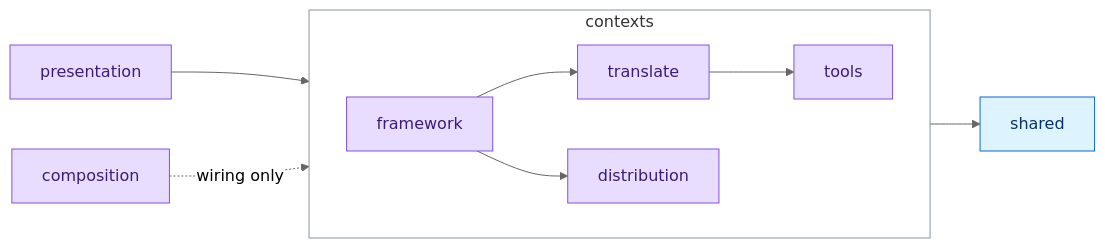
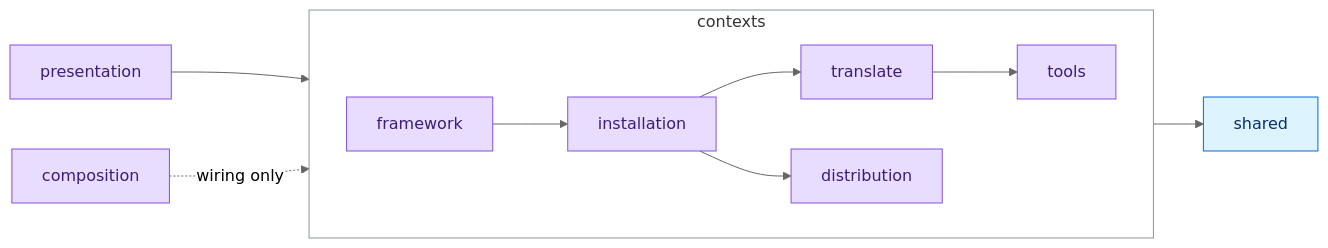
One commit to ai-driven-dev/framework changed the diagram in cli/ARCHITECTURE.md. Above: the diagram before and after it, drawn with Mermaid (neutral theme). The commit also changed other lines of this file, not shown here.

Commit message:
docs(cli): state what installation holds and that framework reaches it, not every context
Claude-Session: https://claude.ai/code/session_01XeK3mFAeMojRabhZQ9z9iq

````diff
--- a/cli/ARCHITECTURE.md
+++ b/cli/ARCHITECTURE.md
@@ -5,16 +5,16 @@
 ```mermaid
 flowchart LR
   presentation["presentation"] --> contexts
   composition["composition"] -.->|wiring only| contexts
   subgraph contexts["contexts"]
     direction LR
-    framework["framework"] --> translate["translate"] --> tools["tools"]
-    framework --> distribution["distribution"]
+    framework["framework"] --> installation["installation"] --> translate["translate"] --> tools["tools"]
+    installation --> distribution["distribution"]
   end
   contexts --> shared["shared"]
   classDef layer fill:#e9ddff,stroke:#8250df,color:#3b1d78
   classDef base fill:#ddf4ff,stroke:#0969da,color:#0a3069
-  class presentation,composition,framework,translate,tools,distribution layer
+  class presentation,composition,framework,installation,translate,tools,distribution layer
   class shared base
   style contexts fill:none,stroke:#8c959f
 ```
````
